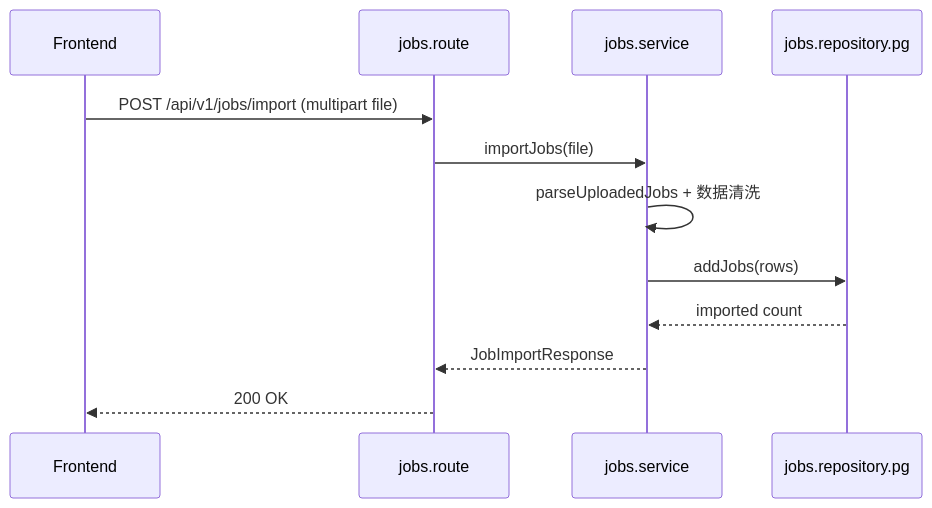
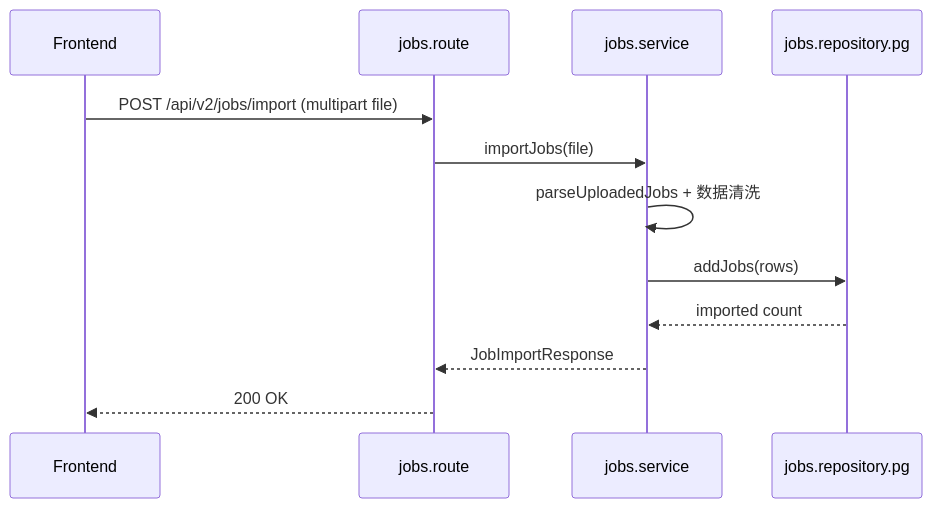
One commit to youtao19/vision-meet changed the second of 3 diagrams in docs/项目技术架构.md. Above: the diagram before and after it, drawn with Mermaid. The commit also changed other lines of this file and 34 other files, not shown here.

````diff
--- a/docs/项目技术架构.md
+++ b/docs/项目技术架构.md
@@ -154,14 +154,14 @@
 ```mermaid
 sequenceDiagram
   participant FE as Frontend
   participant RT as jobs.route
   participant SV as jobs.service
   participant RP as jobs.repository.pg
-  FE->>RT: POST /api/v1/jobs/import (multipart file)
+  FE->>RT: POST /api/v2/jobs/import (multipart file)
   RT->>SV: importJobs(file)
   SV->>SV: parseUploadedJobs + 数据清洗
   SV->>RP: addJobs(rows)
   RP-->>SV: imported count
   SV-->>RT: JobImportResponse
   RT-->>FE: 200 OK
 ```
````
